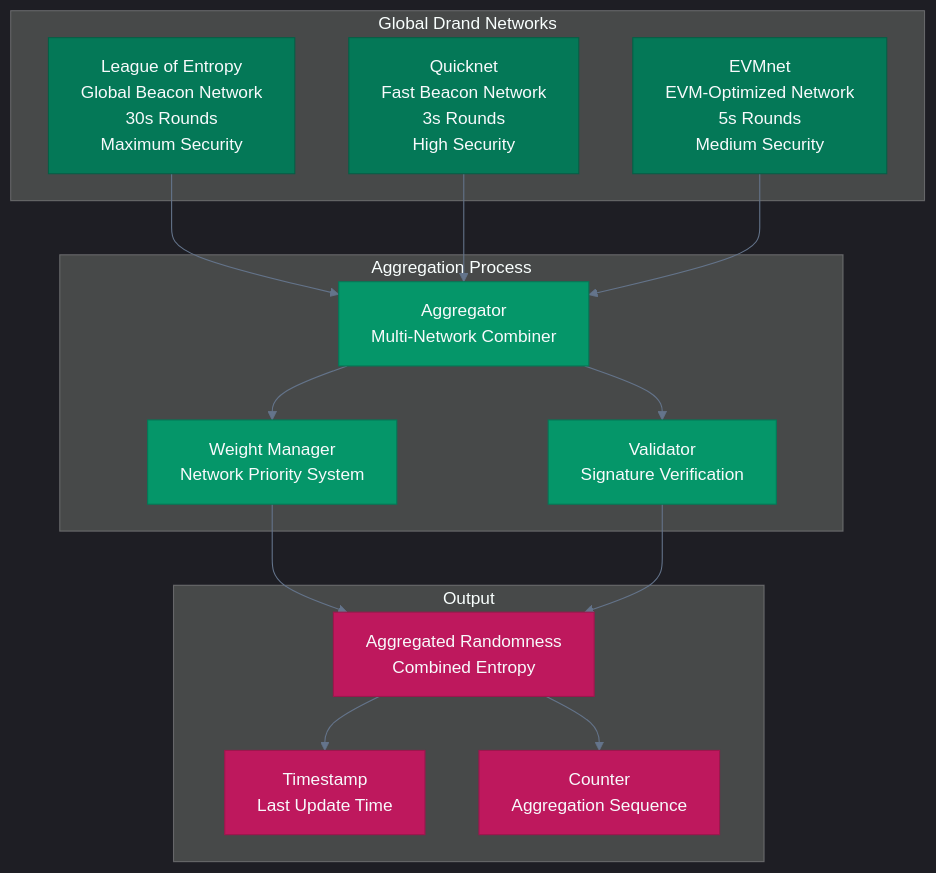
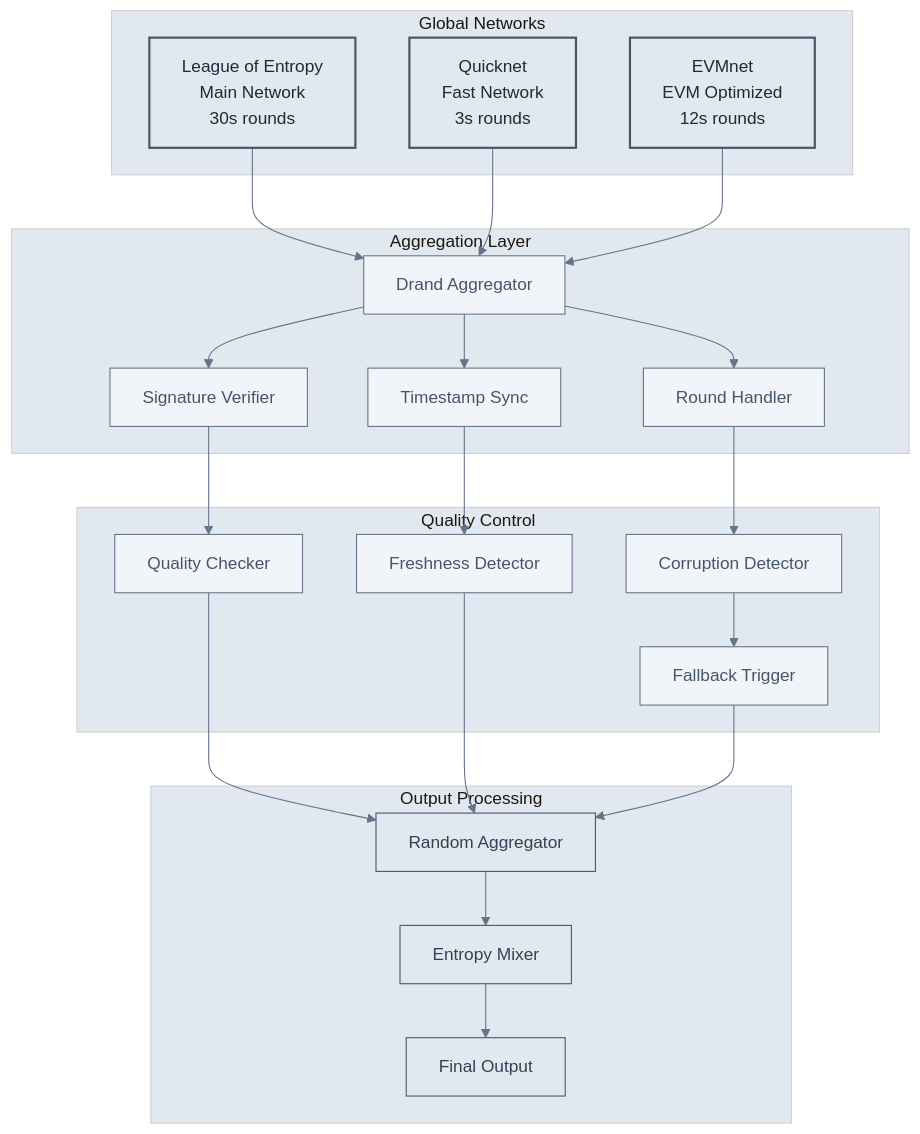
One commit to wenakita/sonicreddragon-docs changed the fifth of 8 diagrams in docs/contracts/core/randomness-provider.md. Above: the diagram before and after it, drawn with Mermaid. The commit also changed other lines of this file and 3 other files, not shown here.

````diff
--- a/docs/contracts/core/randomness-provider.md
+++ b/docs/contracts/core/randomness-provider.md
@@ -324,47 +311,71 @@
 ```mermaid
 %%{init: {
-  'theme': 'dark',
+  'theme': 'base',
   'themeVariables': {
-    'primaryColor': '#047857',
-    'primaryTextColor': '#f8fafc',
-    'lineColor': '#64748b'
+    'primaryColor': '#f8fafc',
+    'primaryTextColor': '#334155',
+    'primaryBorderColor': '#64748b',
+    'lineColor': '#64748b',
+    'secondaryColor': '#f1f5f9',
+    'tertiaryColor': '#e2e8f0'
   }
 }}%%
+
 graph TB
-    subgraph "Global Drand Networks"
-        LE["League of Entropy<br/>Global Beacon Network<br/>30s Rounds<br/>Maximum Security"]
-        QN["Quicknet<br/>Fast Beacon Network<br/>3s Rounds<br/>High Security"]
-        EN["EVMnet<br/>EVM-Optimized Network<br/>5s Rounds<br/>Medium Security"]
+    subgraph "Global Networks"
+        LE[League of Entropy<br/>Main Network<br/>30s rounds]
+        QN[Quicknet<br/>Fast Network<br/>3s rounds]
+        EN[EVMnet<br/>EVM Optimized<br/>12s rounds]
     end
     
-    subgraph "Aggregation Process"
-        AG["Aggregator<br/>Multi-Network Combiner"]
-        WM["Weight Manager<br/>Network Priority System"]
-        VM["Validator<br/>Signature Verification"]
+    subgraph "Aggregation Layer"
+        DA[Drand Aggregator]
+        SV[Signature Verifier]
+        TS[Timestamp Sync]
+        RH[Round Handler]
     end
     
-    subgraph "Output"
-        AR["Aggregated Randomness<br/>Combined Entropy"]
-        TS["Timestamp<br/>Last Update Time"]
-        CT["Counter<br/>Aggregation Sequence"]
+    subgraph "Quality Control"
+        QC[Quality Checker]
+        FD[Freshness Detector]
+        CD[Corruption Detector]
+        FB[Fallback Trigger]
     end
     
-    LE --> AG
-    QN --> AG
-    EN --> AG
+    subgraph "Output Processing"
+        RA[Random Aggregator]
+        EN2[Entropy Mixer]
+        FO[Final Output]
+    end
     
-    AG --> WM
-    AG --> VM
-    WM --> AR
-    VM --> AR
-    AR --> TS
-    AR --> CT
+    LE --> DA
+    QN --> DA
+    EN --> DA
     
-    classDef network fill:#047857,stroke:#065f46,color:#f8fafc
-    classDef process fill:#059669,stroke:#047857,color:#f8fafc
-    classDef output fill:#be185d,stroke:#9d174d,color:#f8fafc
+    DA --> SV
+    DA --> TS
+    DA --> RH
+    
+    SV --> QC
+    TS --> FD
+    RH --> CD
+    
+    QC --> RA
+    FD --> RA
+    CD --> FB
+    FB --> RA
+    
+    RA --> EN2
+    EN2 --> FO
+
+    classDef default fill:#f8fafc,stroke:#64748b,stroke-width:2px,color:#334155
+    classDef network fill:#e2e8f0,stroke:#475569,stroke-width:2px,color:#1e293b
+    classDef aggregation fill:#f1f5f9,stroke:#64748b,stroke-width:1px,color:#475569
+    classDef quality fill:#f1f5f9,stroke:#64748b,stroke-width:1px,color:#475569
+    classDef output fill:#e2e8f0,stroke:#475569,stroke-width:1px,color:#334155
     
     class LE,QN,EN network
-    class AG,WM,VM process
-    class AR,TS,CT output
+    class DA,SV,TS,RH aggregation
+    class QC,FD,CD,FB quality
+    class RA,EN2,FO output
 ```
````
